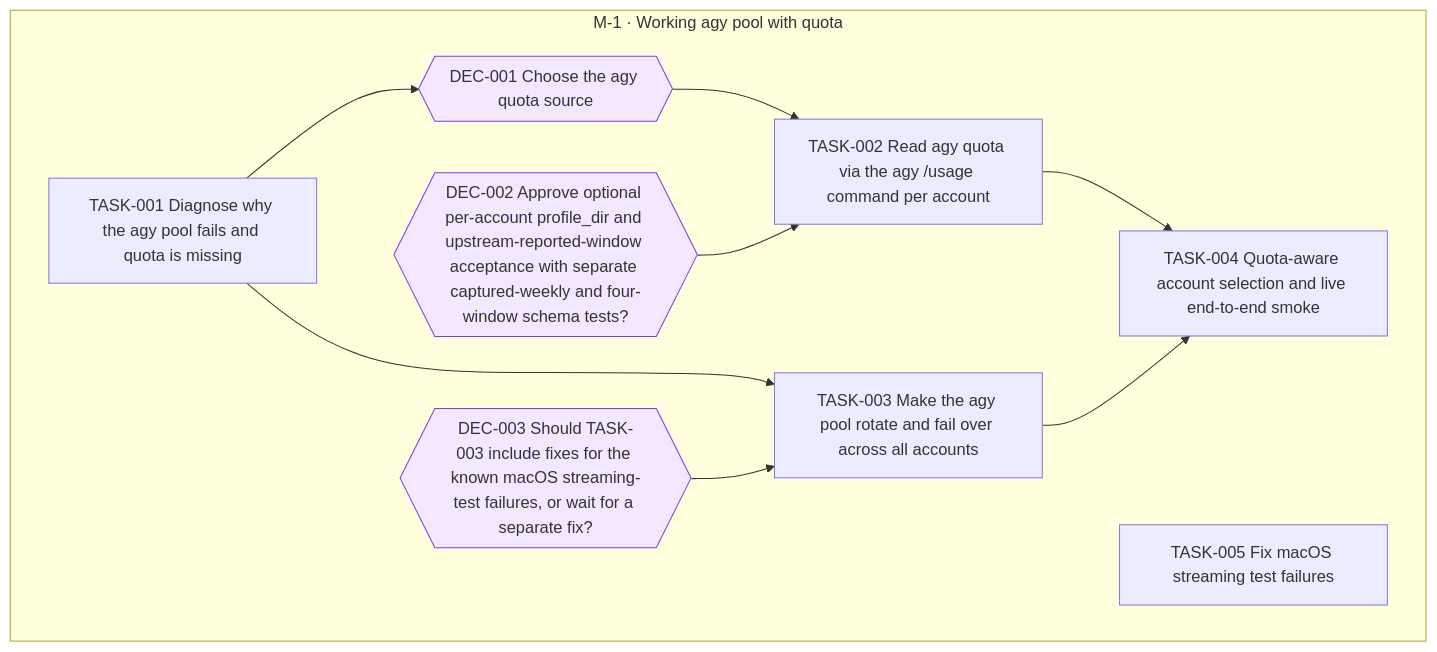
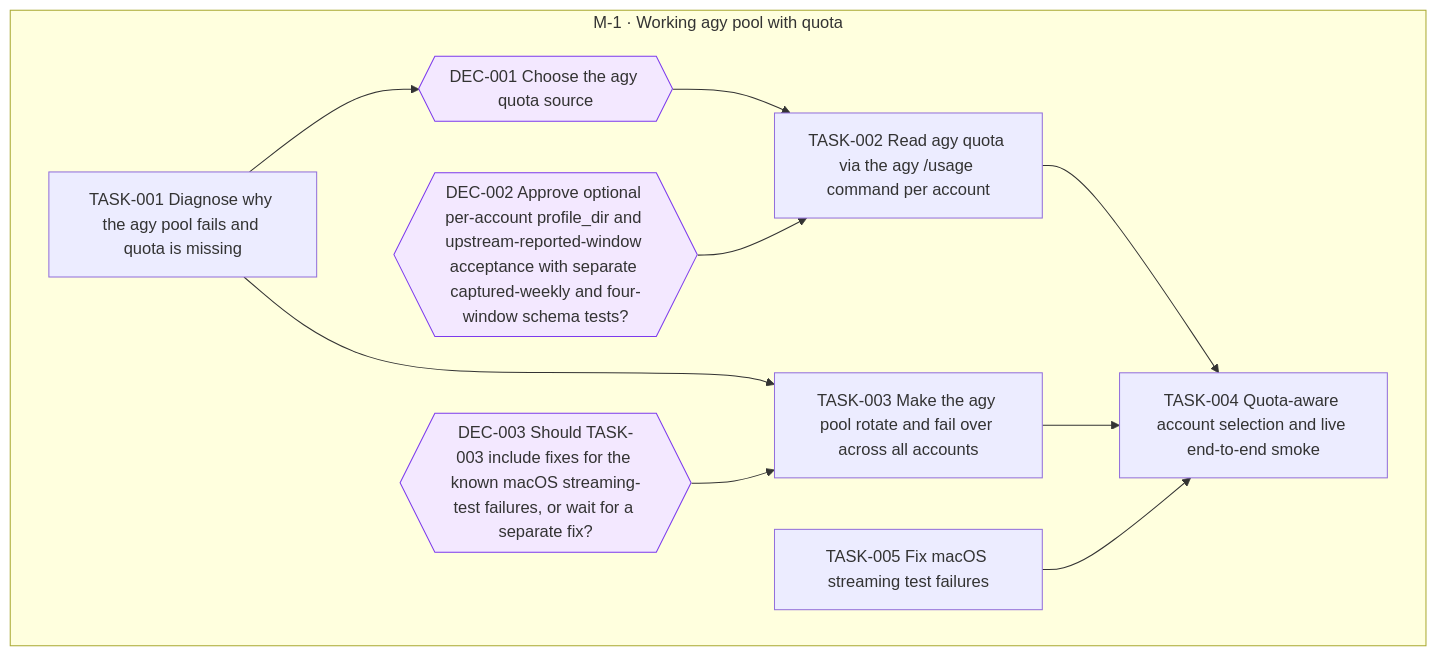
Before and after one commit to jesusvillota/shunt: the diagram in goals/agy-pool/README.md, drawn with Mermaid. The commit also changed 2 other files, not shown here.

Commit message:
goal(agy-pool): link TASK-004 after TASK-005

````diff
--- a/goals/agy-pool/README.md
+++ b/goals/agy-pool/README.md
@@ -19,26 +19,27 @@
 ```mermaid
 flowchart TD
   subgraph M_1["M-1 · Working agy pool with quota"]
     DEC_001{{"DEC-001 Choose the agy quota source"}}
     DEC_002{{"DEC-002 Approve optional per-account profile_dir and upstream-reported-window acceptance with separate captured-weekly and four-window schema tests?"}}
     DEC_003{{"DEC-003 Should TASK-003 include fixes for the known macOS streaming-test failures, or wait for a separate fix?"}}
     TASK_001["TASK-001 Diagnose why the agy pool fails and quota is missing"]
     TASK_002["TASK-002 Read agy quota via the agy /usage command per account"]
     TASK_003["TASK-003 Make the agy pool rotate and fail over across all accounts"]
     TASK_004["TASK-004 Quota-aware account selection and live end-to-end smoke"]
     TASK_005["TASK-005 Fix macOS streaming test failures"]
   end
   TASK_001 --> DEC_001
   DEC_001 --> TASK_002
   DEC_002 --> TASK_002
   TASK_001 --> TASK_003
   DEC_003 --> TASK_003
   TASK_002 --> TASK_004
   TASK_003 --> TASK_004
+  TASK_005 --> TASK_004
   classDef draft stroke-dasharray: 4 3
   classDef cancelled opacity:0.45
   classDef decision fill:#f3e8ff,stroke:#7c3aed
   class DEC_001 decision
   class DEC_002 decision
   class DEC_003 decision
 ```
````
